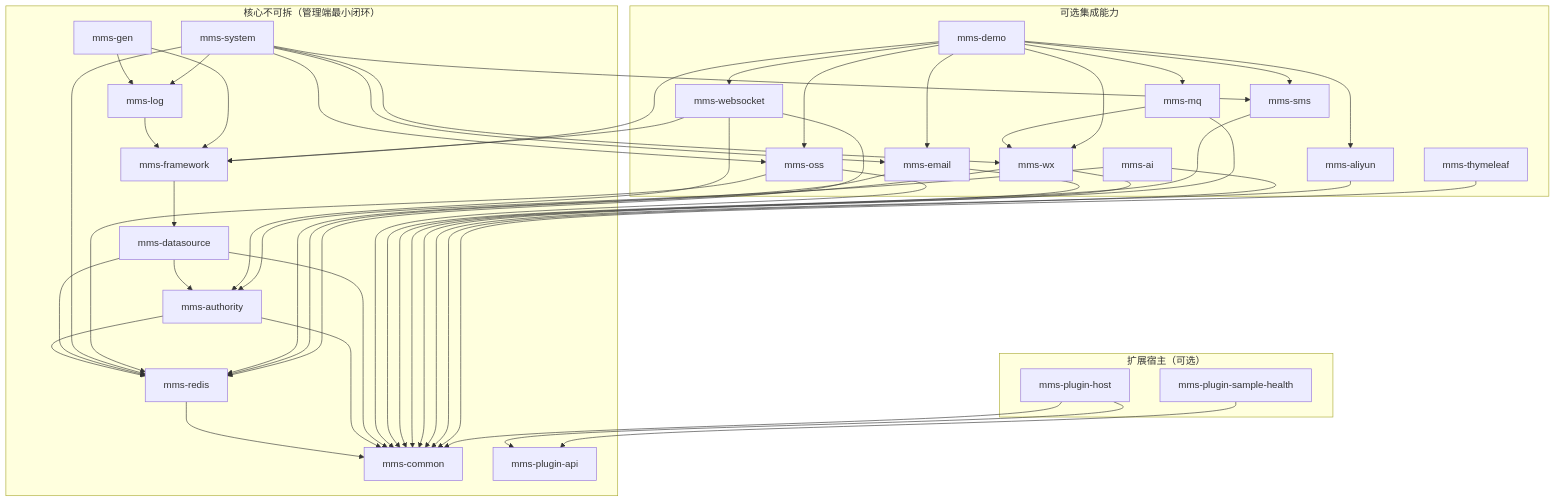
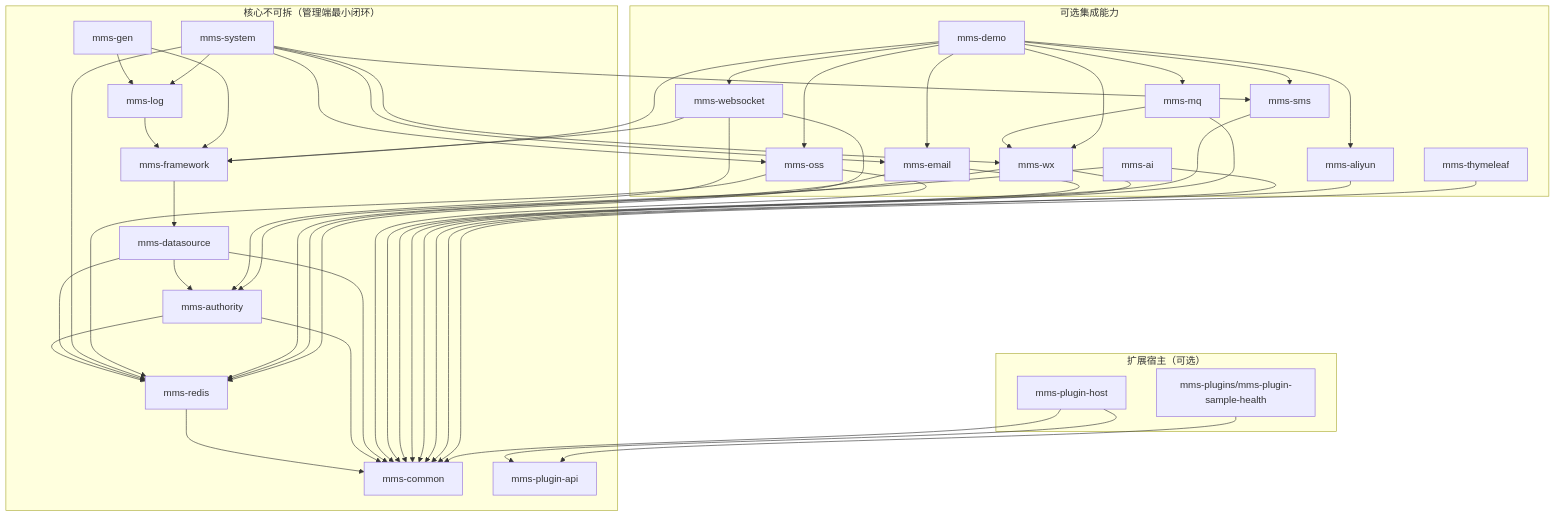
One commit to MrShanDev/mms changed the diagram in version/v1-20260331-脚手架回归与扩展基线.md. Above: the diagram before and after it, drawn with Mermaid. The commit also changed other lines of this file and 12 other files, not shown here.

First line of the commit message:
chore(plugins): 根目录聚合 mms-plugins，宿主自动创建插件根目录

````diff
--- a/version/v1-20260331-脚手架回归与扩展基线.md
+++ b/version/v1-20260331-脚手架回归与扩展基线.md
@@ -9,73 +9,73 @@
 ```mermaid
 flowchart TB
   subgraph core["核心不可拆（管理端最小闭环）"]
     common[mms-common]
     plugin_api[mms-plugin-api]
     redis[mms-redis]
     auth[mms-authority]
     ds[mms-datasource]
     fw[mms-framework]
     log[mms-log]
     gen[mms-gen]
     system[mms-system]
   end
   subgraph host["扩展宿主（可选）"]
     plugin_host[mms-plugin-host]
-    sample[mms-plugin-sample-health]
+    sample[mms-plugins/mms-plugin-sample-health]
   end
   subgraph opt["可选集成能力"]
     oss[mms-oss]
     sms[mms-sms]
     email[mms-email]
     wx[mms-wx]
     mq[mms-mq]
     ws[mms-websocket]
     aliyun[mms-aliyun]
     ai[mms-ai]
     thymeleaf[mms-thymeleaf]
     demo[mms-demo]
   end
   redis --> common
   auth --> common
   auth --> redis
   ds --> common
   ds --> auth
   ds --> redis
   fw --> ds
   log --> fw
   gen --> fw
   gen --> log
   system --> log
   system --> oss
   system --> sms
   system --> email
   system --> redis
   system --> wx
   oss --> common
   oss --> redis
   sms --> common
   email --> common
   email --> redis
   wx --> common
   wx --> redis
   mq --> common
   mq --> wx
   ws --> fw
   ws --> redis
   ws --> auth
   aliyun --> common
   ai --> common
   ai --> auth
   thymeleaf --> common
   demo --> fw
   demo --> wx
   demo --> aliyun
   demo --> sms
   demo --> email
   demo --> oss
   demo --> ws
   demo --> mq
   plugin_host --> plugin_api
   plugin_host --> common
   sample --> plugin_api
 ```
````
